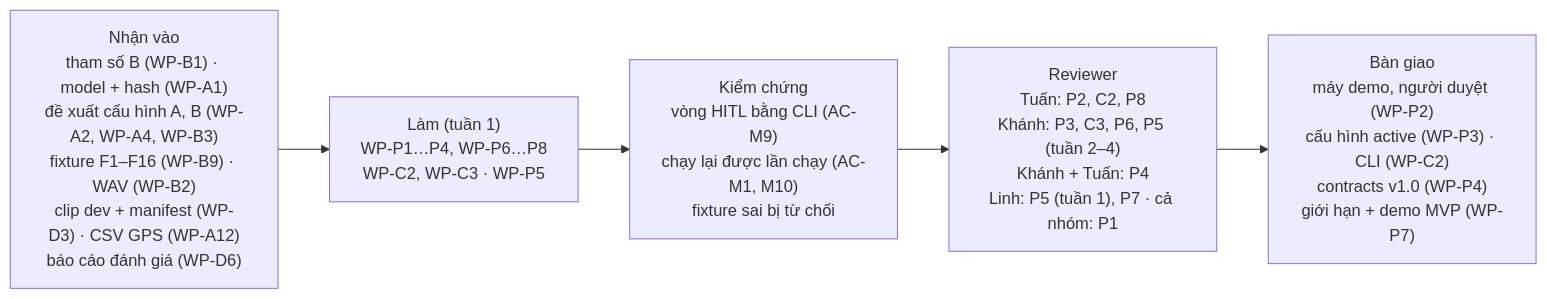
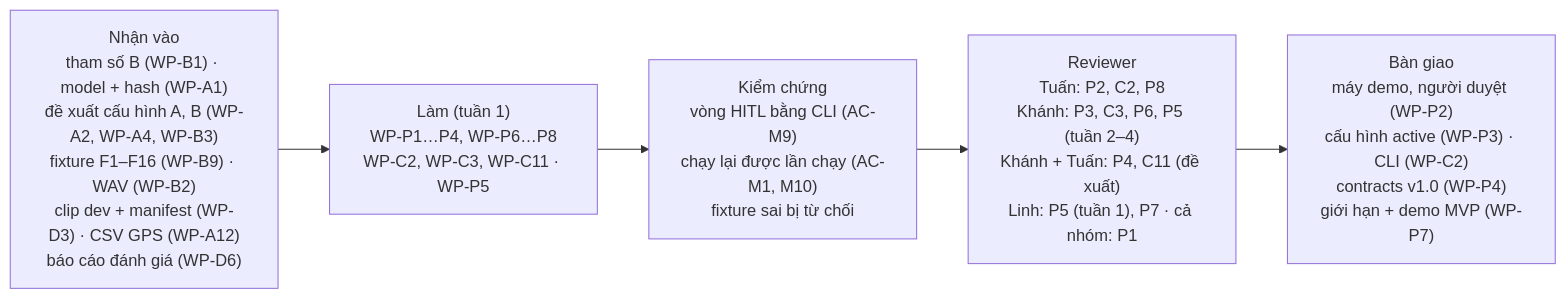
Before and after one commit to NguyenTuan-UET/roadwatch_copilot: the diagram in docs/plan/phan-viec/cuong.md, drawn with Mermaid. The commit also changed other lines of this file and 10 other files, not shown here.

````diff
--- a/docs/plan/phan-viec/cuong.md
+++ b/docs/plan/phan-viec/cuong.md
@@ -9,9 +9,9 @@
 ```mermaid
 flowchart LR
   IN["Nhận vào<br/>tham số B (WP-B1) · model + hash (WP-A1)<br/>đề xuất cấu hình A, B (WP-A2, WP-A4, WP-B3)<br/>fixture F1–F16 (WP-B9) · WAV (WP-B2)<br/>clip dev + manifest (WP-D3) · CSV GPS (WP-A12)<br/>báo cáo đánh giá (WP-D6)"]
-  DO["Làm (tuần 1)<br/>WP-P1…P4, WP-P6…P8<br/>WP-C2, WP-C3 · WP-P5"]
+  DO["Làm (tuần 1)<br/>WP-P1…P4, WP-P6…P8<br/>WP-C2, WP-C3, WP-C11 · WP-P5"]
   CHK["Kiểm chứng<br/>vòng HITL bằng CLI (AC-M9)<br/>chạy lại được lần chạy (AC-M1, M10)<br/>fixture sai bị từ chối"]
-  REV["Reviewer<br/>Tuấn: P2, C2, P8<br/>Khánh: P3, C3, P6, P5 (tuần 2–4)<br/>Khánh + Tuấn: P4<br/>Linh: P5 (tuần 1), P7 · cả nhóm: P1"]
+  REV["Reviewer<br/>Tuấn: P2, C2, P8<br/>Khánh: P3, C3, P6, P5 (tuần 2–4)<br/>Khánh + Tuấn: P4, C11 (đề xuất)<br/>Linh: P5 (tuần 1), P7 · cả nhóm: P1"]
   OUT["Bàn giao<br/>máy demo, người duyệt (WP-P2)<br/>cấu hình active (WP-P3) · CLI (WP-C2)<br/>contracts v1.0 (WP-P4)<br/>giới hạn + demo MVP (WP-P7)"]
   IN --> DO --> CHK --> REV --> OUT
 ```
````
